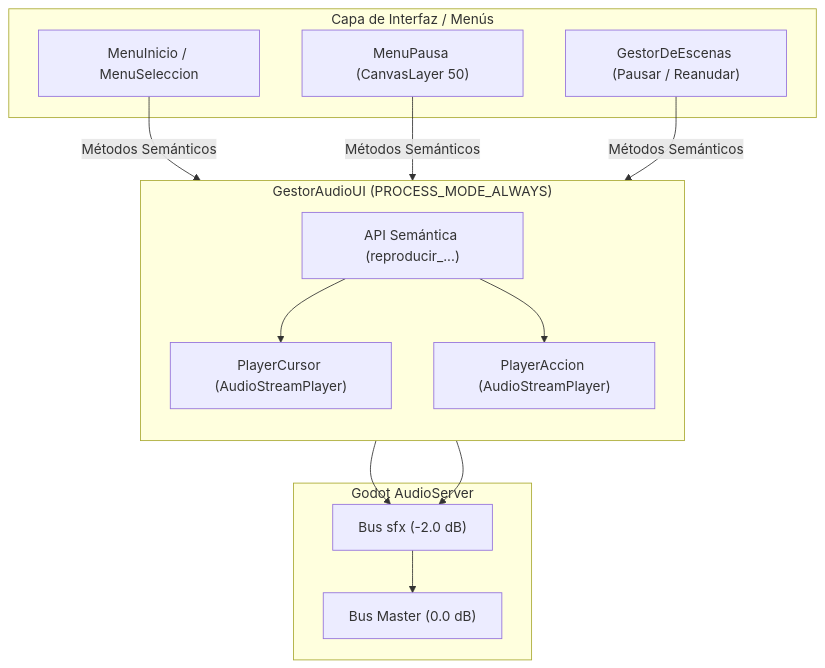
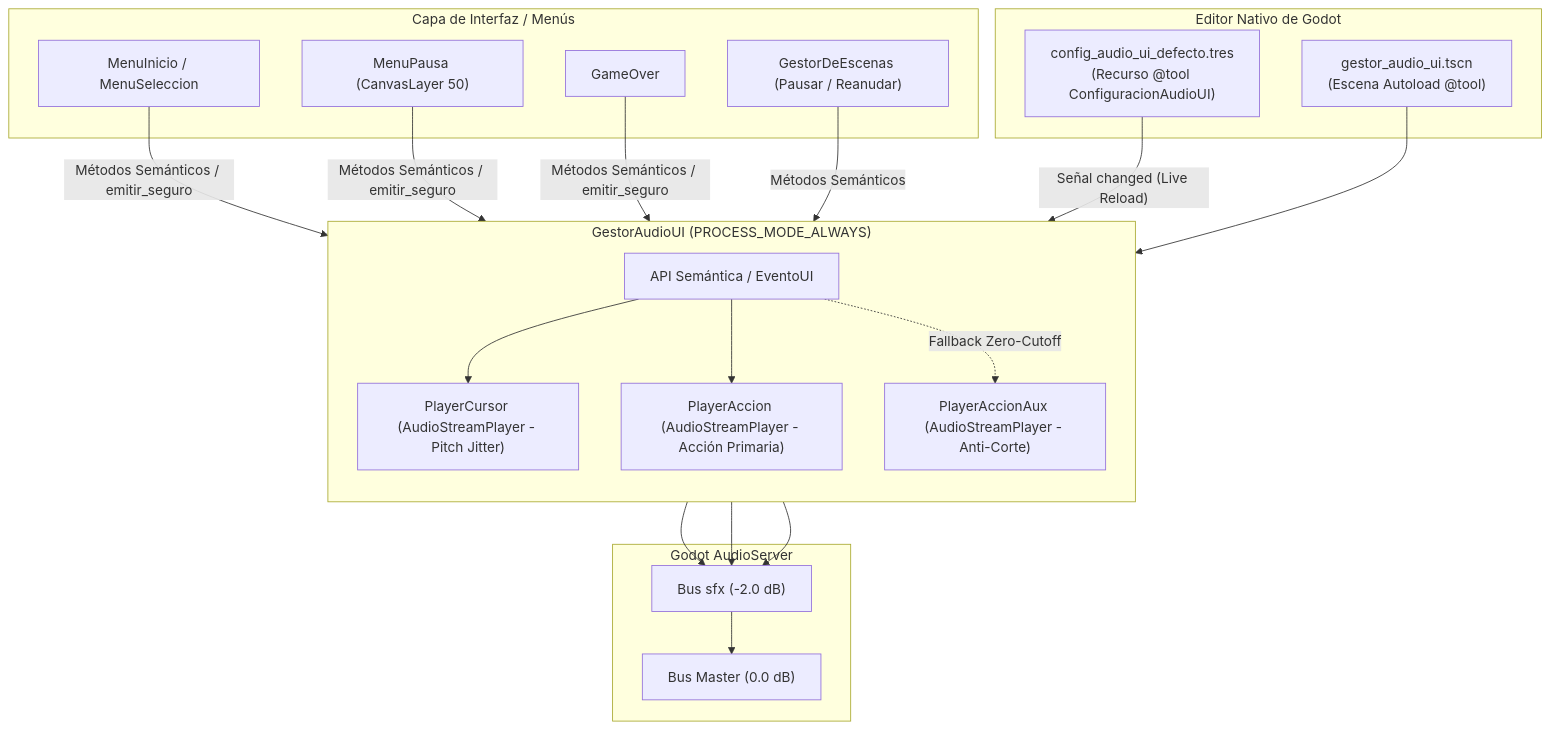
Before and after one commit to EmGamex/vosque: the diagram in docs/interfaz_y_audio/audio_de_menus.md, drawn with Mermaid. The commit also changed other lines of this file and 12 other files, not shown here.

````diff
--- a/docs/interfaz_y_audio/audio_de_menus.md
+++ b/docs/interfaz_y_audio/audio_de_menus.md
@@ -25,31 +26,44 @@
 ```mermaid
 flowchart TD
+    subgraph Inspector ["Editor Nativo de Godot"]
+        Tres["config_audio_ui_defecto.tres<br/>(Recurso @tool ConfiguracionAudioUI)"]
+        Tscn["gestor_audio_ui.tscn<br/>(Escena Autoload @tool)"]
+    end
+
     subgraph UI ["Capa de Interfaz / Menús"]
         MenuInicio["MenuInicio / MenuSeleccion"]
         MenuPausa["MenuPausa (CanvasLayer 50)"]
+        GameOver["GameOver"]
         GestorEscenas["GestorDeEscenas (Pausar / Reanudar)"]
     end
 
     subgraph Autoload ["GestorAudioUI (PROCESS_MODE_ALWAYS)"]
         direction TB
-        Metodos["API Semántica (reproducir_...)"]
-        PlayerCursor["PlayerCursor (AudioStreamPlayer)"]
-        PlayerAccion["PlayerAccion (AudioStreamPlayer)"]
+        Metodos["API Semántica / EventoUI"]
+        PlayerCursor["PlayerCursor (AudioStreamPlayer - Pitch Jitter)"]
+        PlayerAccion["PlayerAccion (AudioStreamPlayer - Acción Primaria)"]
+        PlayerAccionAux["PlayerAccionAux (AudioStreamPlayer - Anti-Corte)"]
     end
 
     subgraph AudioServer ["Godot AudioServer"]
         BusSFX["Bus sfx (-2.0 dB)"]
         BusMaster["Bus Master (0.0 dB)"]
     end
 
-    MenuInicio -- Métodos Semánticos --> Metodos
-    MenuPausa -- Métodos Semánticos --> Metodos
+    Tres -- "Señal changed (Live Reload)" --> Autoload
+    Tscn --> Autoload
+
+    MenuInicio -- Métodos Semánticos / emitir_seguro --> Metodos
+    MenuPausa -- Métodos Semánticos / emitir_seguro --> Metodos
+    GameOver -- Métodos Semánticos / emitir_seguro --> Metodos
     GestorEscenas -- Métodos Semánticos --> Metodos
 
     Metodos --> PlayerCursor
     Metodos --> PlayerAccion
+    Metodos -. "Fallback Zero-Cutoff" .-> PlayerAccionAux
 
     PlayerCursor --> BusSFX
     PlayerAccion --> BusSFX
+    PlayerAccionAux --> BusSFX
     BusSFX --> BusMaster
 ```
````
